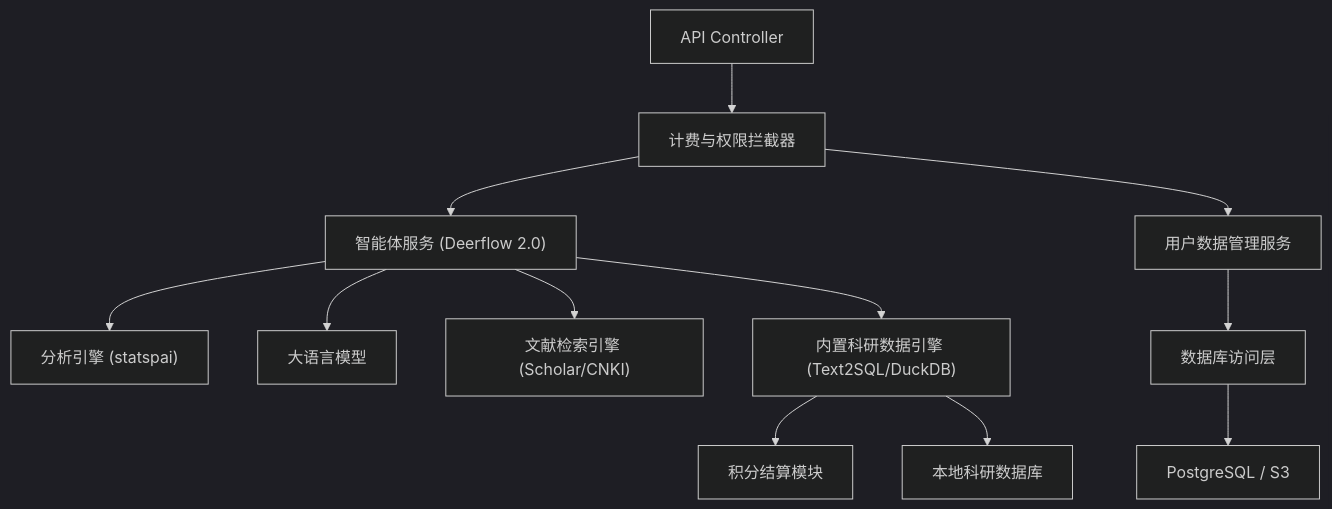
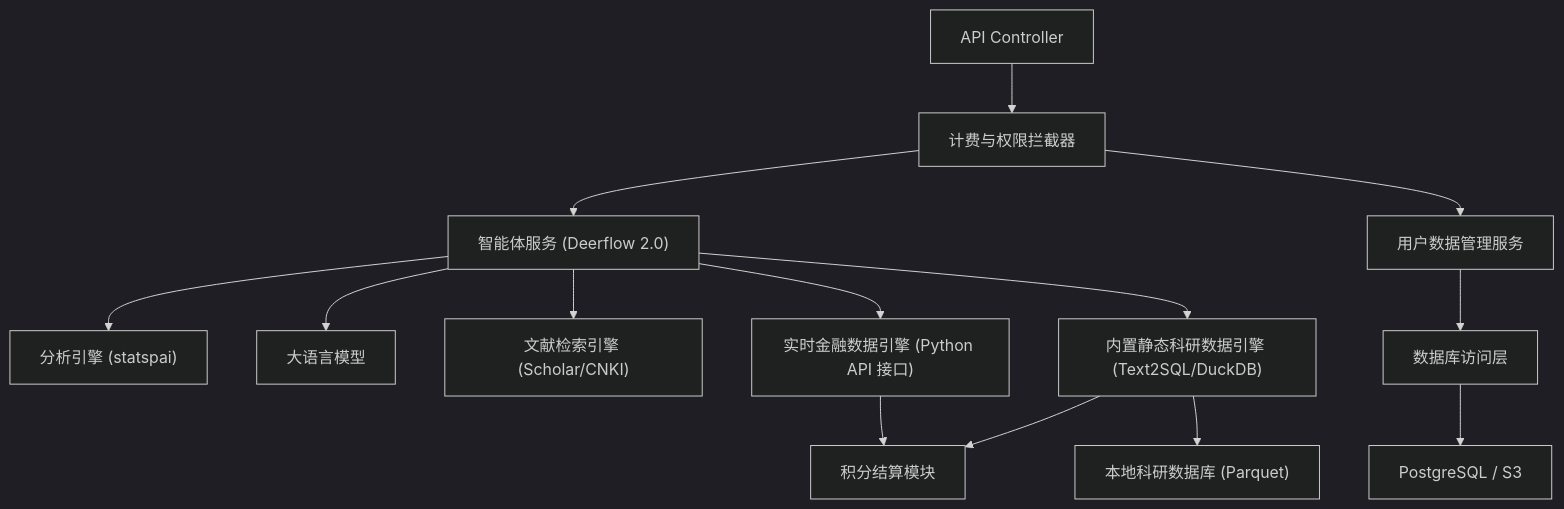
One commit to ZhangMochen1314/ZhangMochen1314 changed the second of 3 diagrams in .trae/documents/technical_architecture.md. Above: the diagram before and after it, drawn with Mermaid (dark theme). The commit also changed other lines of this file and 1 other file, not shown here.

Commit message:
feat: 创建科研对话应用

````diff
--- a/.trae/documents/technical_architecture.md
+++ b/.trae/documents/technical_architecture.md
@@ -80,14 +82,16 @@
 ```mermaid
 graph TD
     Controller["API Controller"] --> Billing["计费与权限拦截器"]
     Billing --> AgentService["智能体服务 (Deerflow 2.0)"]
     Billing --> DataService["用户数据管理服务"]
     AgentService --> AnalysisEngine["分析引擎 (statspai)"]
     AgentService --> LLM["大语言模型"]
     AgentService --> LitEngine["文献检索引擎 (Scholar/CNKI)"]
-    AgentService --> BuiltInDataService["内置科研数据引擎 (Text2SQL/DuckDB)"]
+    AgentService --> BuiltInDataService["内置静态科研数据引擎 (Text2SQL/DuckDB)"]
+    AgentService --> LiveFinanceData["实时金融数据引擎 (Python API 接口)"]
     BuiltInDataService --> BillingModule["积分结算模块"]
+    LiveFinanceData --> BillingModule
     DataService --> Repository["数据库访问层"]
-    BuiltInDataService --> LocalDB["本地科研数据库"]
+    BuiltInDataService --> LocalDB["本地科研数据库 (Parquet)"]
     Repository --> Database["PostgreSQL / S3"]
 ```
````
